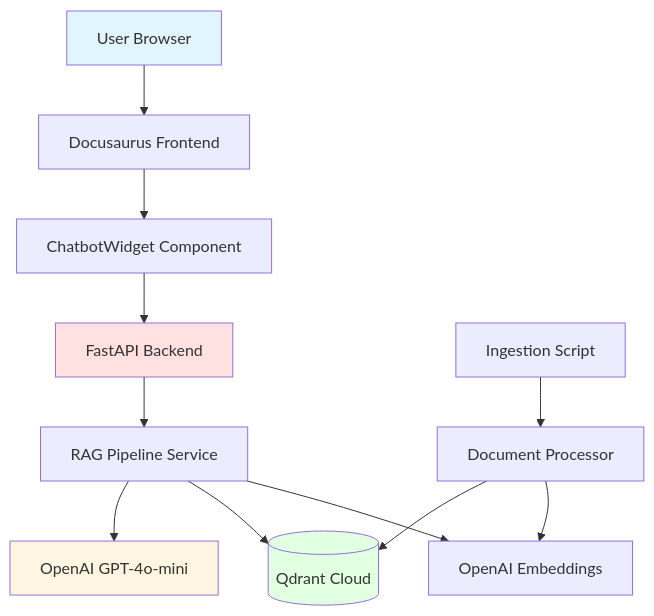
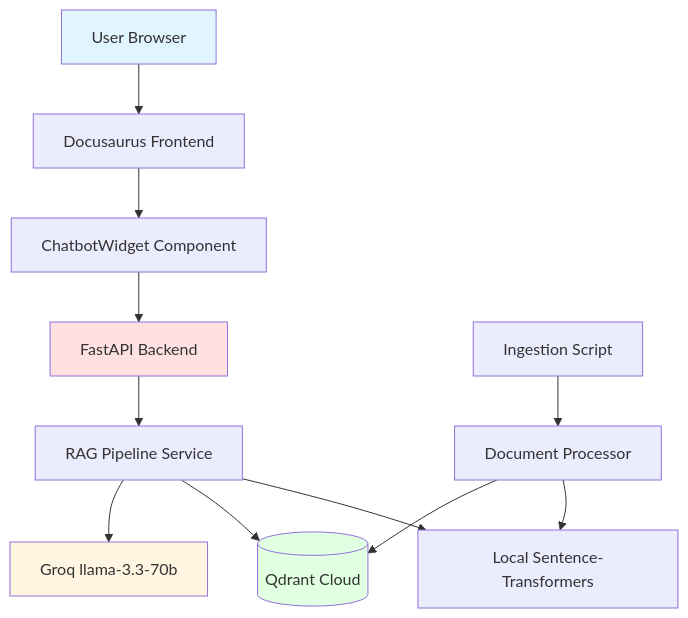
The diagram in specs/002-rag-chatbot/plan.md (lazarus8144-creator/Ai-Book), drawn with Mermaid before and after one commit. The commit also changed other lines of this file and 4 other files, not shown here.

First line of the commit message:
Update chatbot specs to reflect Groq + local embeddings implementation

````diff
--- a/specs/002-rag-chatbot/plan.md
+++ b/specs/002-rag-chatbot/plan.md
@@ -48,19 +49,19 @@
 ```mermaid
 graph TB
     User[User Browser] --> Docusaurus[Docusaurus Frontend]
     Docusaurus --> ChatWidget[ChatbotWidget Component]
     ChatWidget --> API[FastAPI Backend]
     API --> RAG[RAG Pipeline Service]
-    RAG --> Embeddings[OpenAI Embeddings]
+    RAG --> Embeddings[Local Sentence-Transformers]
     RAG --> VectorDB[(Qdrant Cloud)]
-    RAG --> LLM[OpenAI GPT-4o-mini]
+    RAG --> LLM[Groq llama-3.3-70b]
 
     Ingestion[Ingestion Script] --> Processor[Document Processor]
     Processor --> Embeddings
     Processor --> VectorDB
 
     style User fill:#e1f5ff
     style API fill:#ffe1e1
     style VectorDB fill:#e1ffe1
     style LLM fill:#fff5e1
 ```
````
